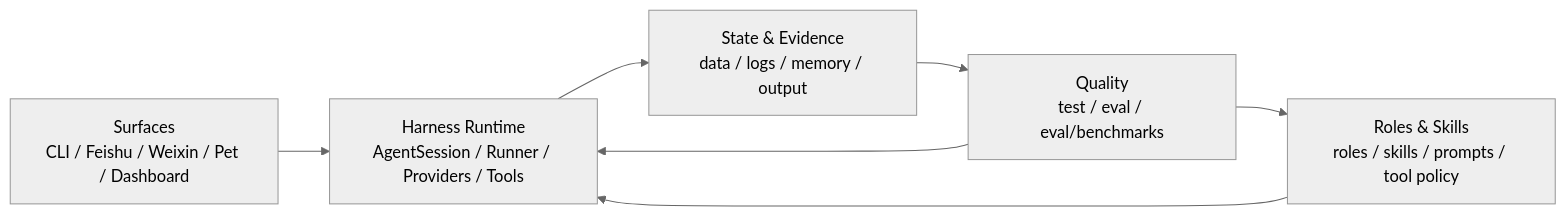
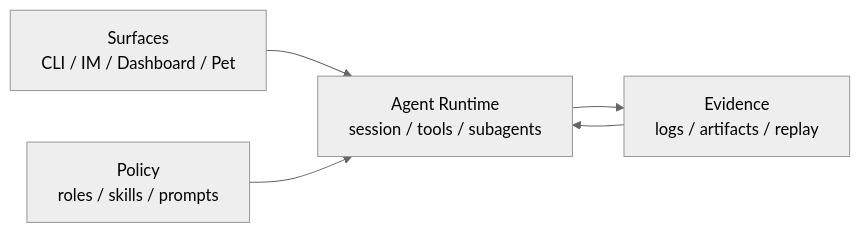
Before and after one commit to fightheyyy/XiaoBa-CLI: the diagram in README.en.md, drawn with Mermaid (neutral theme). The commit also changed other lines of this file and 1 other file, not shown here.

````diff
--- a/README.en.md
+++ b/README.en.md
@@ -227,15 +104,12 @@
 ```mermaid
 flowchart LR
-    Surfaces["Surfaces<br/>CLI / Feishu / Weixin / Pet / Dashboard"]
-    Harness["Harness Runtime<br/>AgentSession / Runner / Providers / Tools"]
-    Policy["Roles & Skills<br/>roles / skills / prompts / tool policy"]
-    Evidence["State & Evidence<br/>data / logs / memory / output"]
-    Quality["Quality<br/>test / eval / eval/benchmarks"]
+    Surface["Surfaces<br/>CLI / IM / Dashboard / Pet"]
+    Runtime["Agent Runtime<br/>session / tools / subagents"]
+    Policy["Policy<br/>roles / skills / prompts"]
+    Evidence["Evidence<br/>logs / artifacts / replay"]
 
-    Surfaces --> Harness
-    Policy --> Harness
-    Harness --> Evidence
-    Evidence --> Quality
-    Quality --> Harness
-    Quality --> Policy
+    Surface --> Runtime
+    Policy --> Runtime
+    Runtime --> Evidence
+    Evidence --> Runtime
 ```
````
